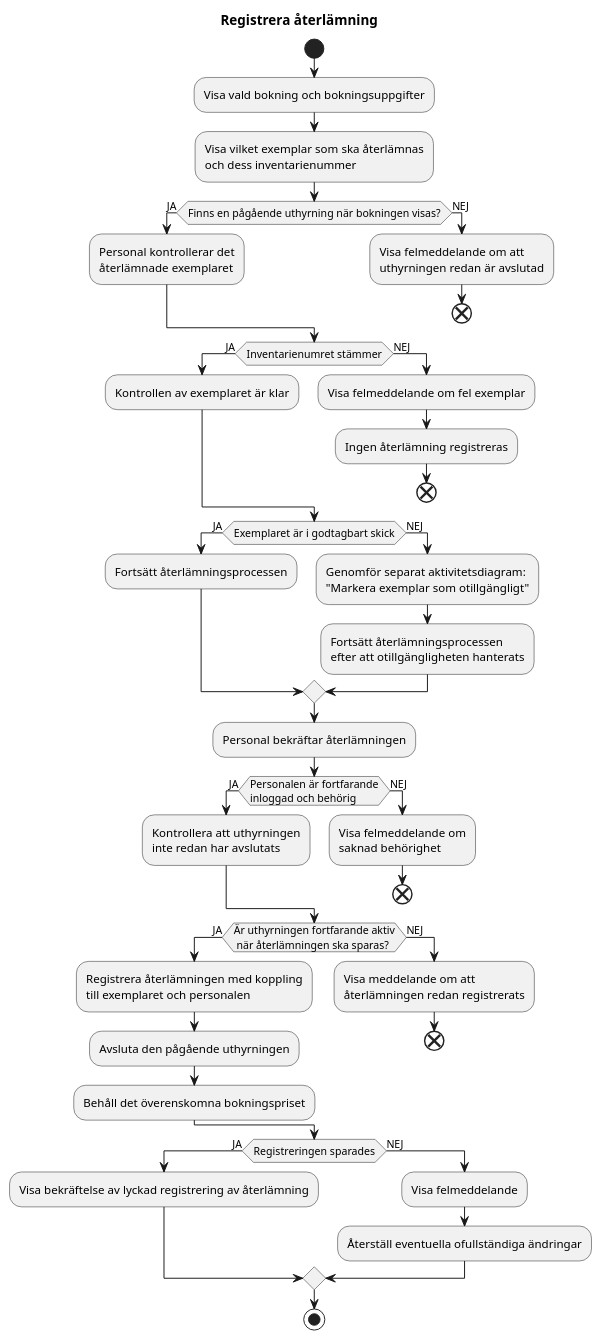
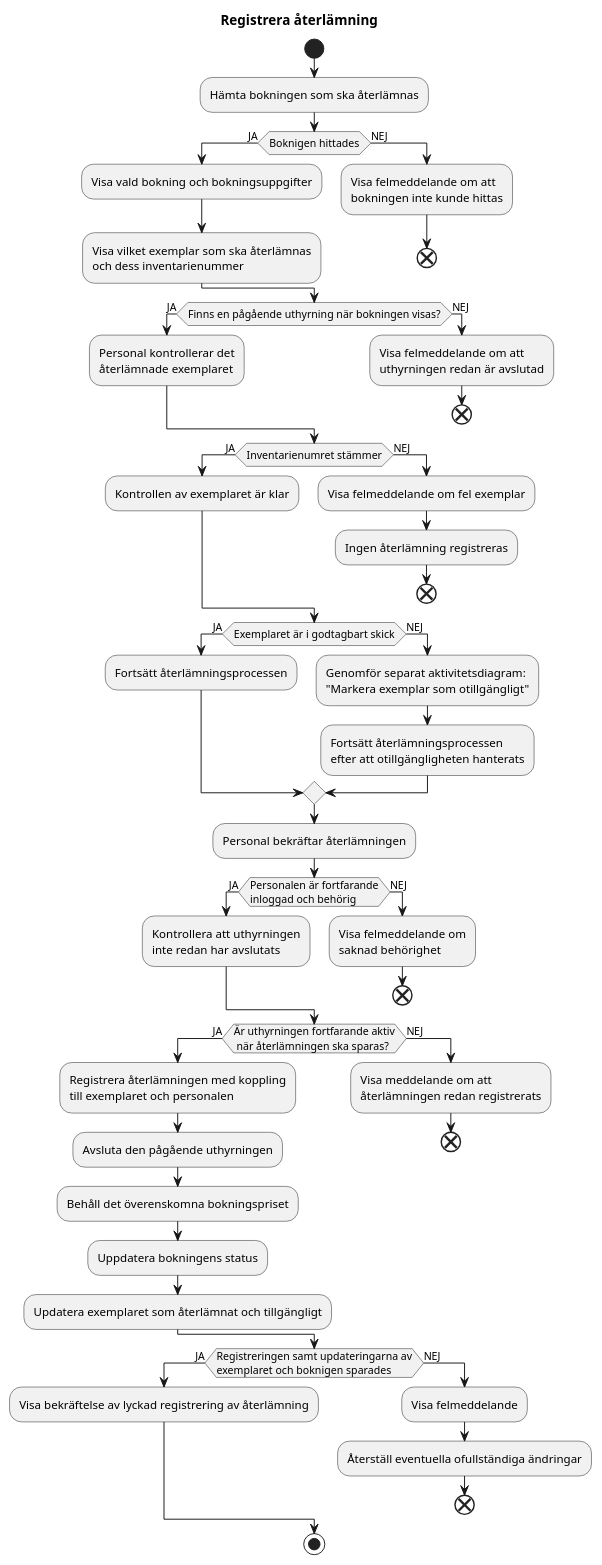
One commit to miablidberg-nackademin-ooad/SXXBookingSystemRegisterReturn changed the diagram in diagrams/register_return_activity_diagram.plantuml. Above: the diagram before and after it, drawn with PlantUML.

Commit message:
Update the activity diagram to match implemantation and sequence diagram

```diff
--- a/diagrams/register_return_activity_diagram.plantuml
+++ b/diagrams/register_return_activity_diagram.plantuml
@@ -1,67 +1,78 @@
 @startuml registrer_return
 title Registrera återlämning
 
 start
 
-:Visa vald bokning och bokningsuppgifter;
-:Visa vilket exemplar som ska återlämnas
-och dess inventarienummer;
+:Hämta bokningen som ska återlämnas;
+
+if (Boknigen hittades) then (JA)
+    :Visa vald bokning och bokningsuppgifter;
+    :Visa vilket exemplar som ska återlämnas
+    och dess inventarienummer;
+else (NEJ)
+    :Visa felmeddelande om att
+    bokningen inte kunde hittas;
+    end
+endif
 
 if (Finns en pågående uthyrning när bokningen visas?) then (JA)
     :Personal kontrollerar det
     återlämnade exemplaret;
 else (NEJ)
     :Visa felmeddelande om att
     uthyrningen redan är avslutad;
     end
 endif
 
 if (Inventarienumret stämmer) then (JA)
     :Kontrollen av exemplaret är klar;
 else (NEJ)
     :Visa felmeddelande om fel exemplar;
     :Ingen återlämning registreras;
     end
 endif
 
 if (Exemplaret är i godtagbart skick) then (JA)
     :Fortsätt återlämningsprocessen;
 else (NEJ)
     :Genomför separat aktivitetsdiagram:
     "Markera exemplar som otillgängligt";
     :Fortsätt återlämningsprocessen
     efter att otillgängligheten hanterats;
 endif
 
 :Personal bekräftar återlämningen;
 
 if (Personalen är fortfarande
 inloggad och behörig) then (JA)
     :Kontrollera att uthyrningen
     inte redan har avslutats;
 else (NEJ)
     :Visa felmeddelande om
     saknad behörighet;
     end
 endif
 
 if (Är uthyrningen fortfarande aktiv\n när återlämningen ska sparas?) then (JA)
     :Registrera återlämningen med koppling
     till exemplaret och personalen;
     :Avsluta den pågående uthyrningen;
     :Behåll det överenskomna bokningspriset;
+    :Uppdatera bokningens status;
+    :Updatera exemplaret som återlämnat och tillgängligt;
 else (NEJ)
     :Visa meddelande om att
     återlämningen redan registrerats;
     end
 endif
 
-if (Registreringen sparades) then (JA)
+if (Registreringen samt updateringarna av\nexemplaret och boknigen sparades) then (JA)
     :Visa bekräftelse av lyckad registrering av återlämning;
 else (NEJ)
     :Visa felmeddelande;
     :Återställ eventuella ofullständiga ändringar;
+    end
 endif
 
 stop
 @enduml
```
